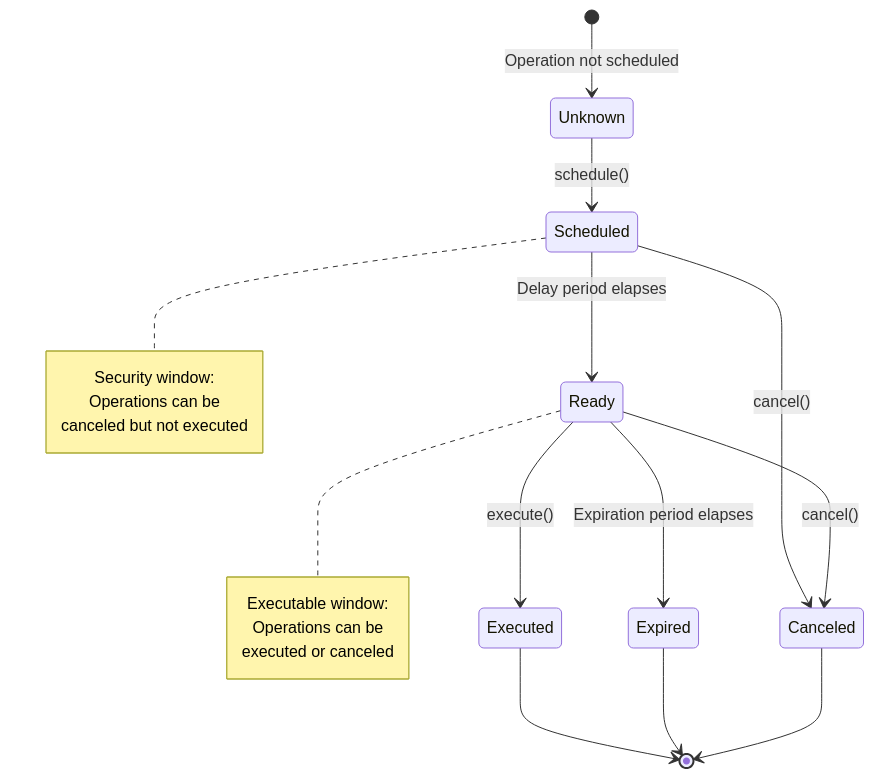
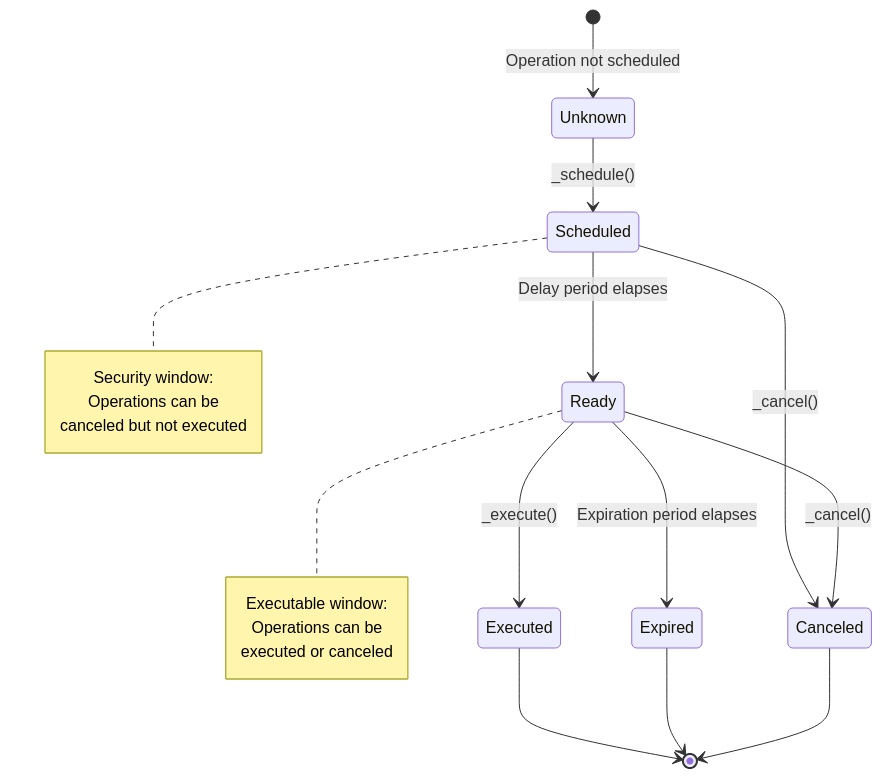
Before and after one commit to OpenZeppelin/openzeppelin-accounts: the diagram in packages/docs/content/docs/contracts/executors.mdx, drawn with Mermaid. The commit also changed other lines of this file, not shown here.

````diff
--- a/packages/docs/content/docs/contracts/executors.mdx
+++ b/packages/docs/content/docs/contracts/executors.mdx
@@ -120,25 +126,25 @@
 ```mermaid
 stateDiagram-v2
     [*] --> Unknown: Operation not scheduled
-    Unknown --> Scheduled: schedule()
+    Unknown --> Scheduled: _schedule()
     Scheduled --> Ready: Delay period elapses
-    Scheduled --> Canceled: cancel()
-    Ready --> Executed: execute()
+    Scheduled --> Canceled: _cancel()
+    Ready --> Executed: _execute()
     Ready --> Expired: Expiration period elapses
-    Ready --> Canceled: cancel()
+    Ready --> Canceled: _cancel()
     Executed --> [*]
     Expired --> [*]
     Canceled --> [*]
 
     note right of Scheduled
         Security window:
         Operations can be
         canceled but not executed
     end note
 
     note right of Ready
         Executable window:
         Operations can be
         executed or canceled
     end note
 ```
````
